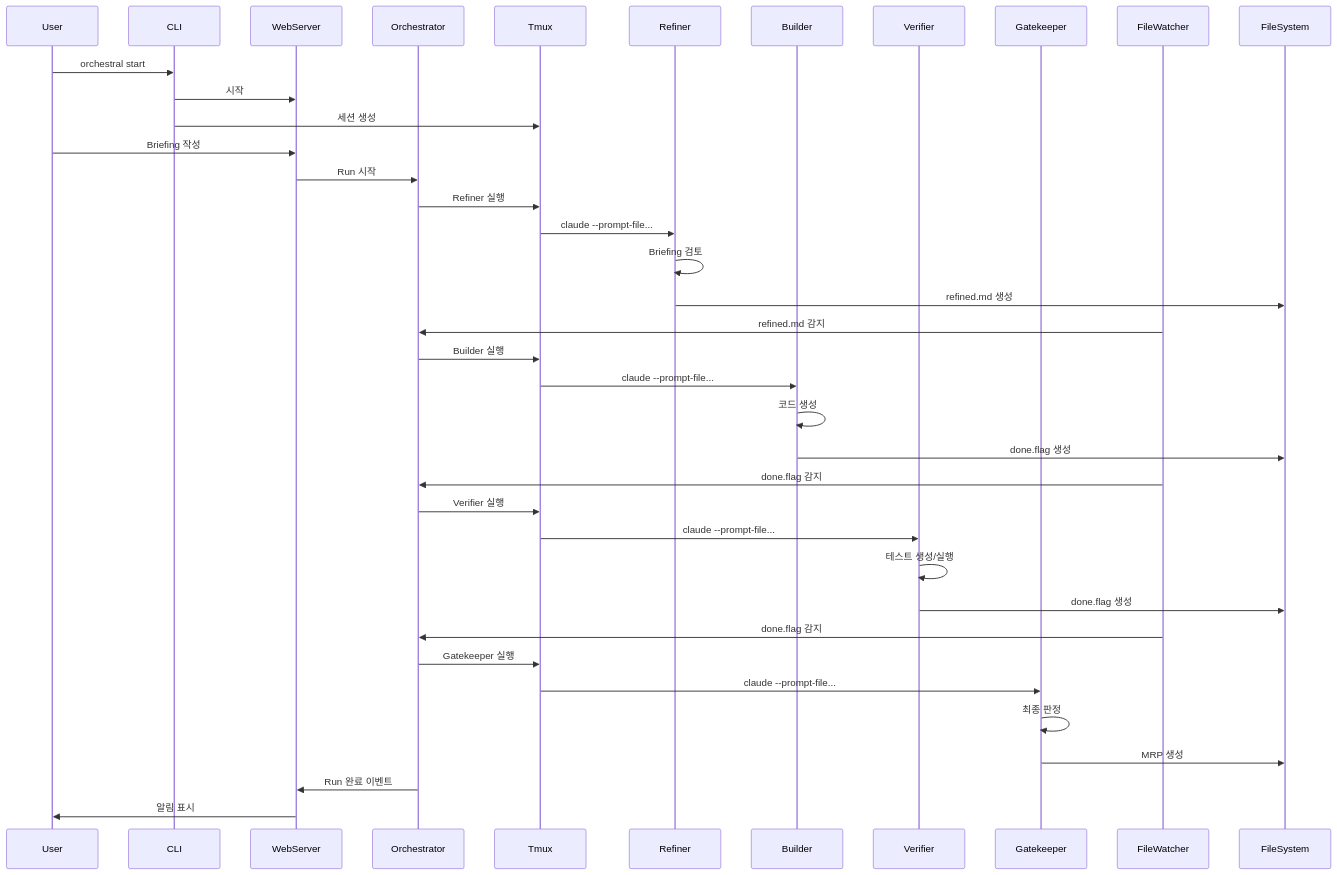
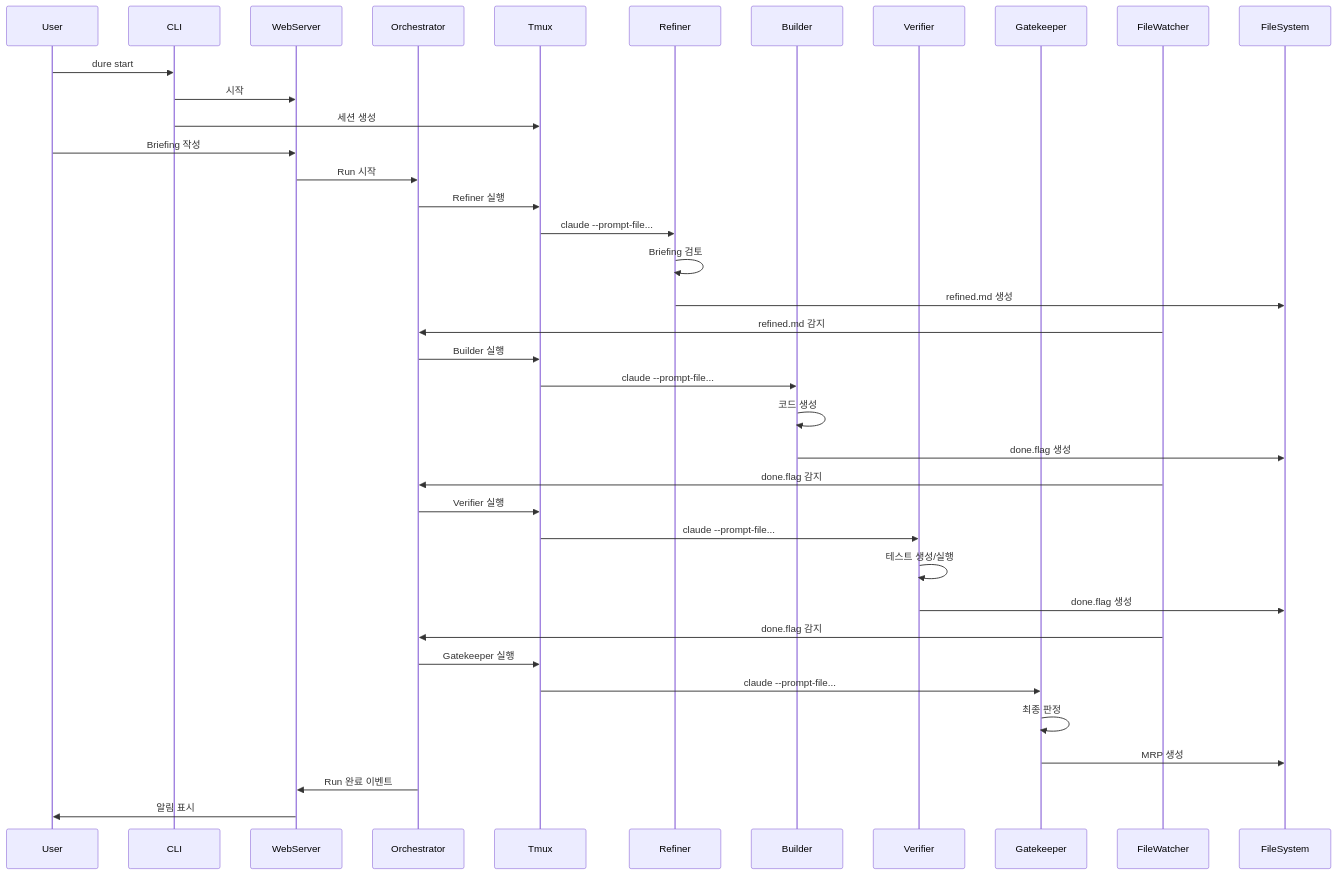
The second of 2 diagrams in docs/architecture/overview.md (choo121600/dure), drawn with Mermaid before and after one commit. The commit also changed other lines of this file and 90 other files, not shown here.

Commit message:
rename orchestral to dure in tests and configuration

````diff
--- a/docs/architecture/overview.md
+++ b/docs/architecture/overview.md
@@ -205,49 +205,49 @@
 ```mermaid
 sequenceDiagram
     participant User
     participant CLI
     participant WebServer
     participant Orchestrator
     participant Tmux
     participant Refiner
     participant Builder
     participant Verifier
     participant Gatekeeper
     participant FileWatcher
 
-    User->>CLI: orchestral start
+    User->>CLI: dure start
     CLI->>WebServer: 시작
     CLI->>Tmux: 세션 생성
 
     User->>WebServer: Briefing 작성
     WebServer->>Orchestrator: Run 시작
     Orchestrator->>Tmux: Refiner 실행
     Tmux->>Refiner: claude --prompt-file...
 
     Refiner->>Refiner: Briefing 검토
     Refiner->>FileSystem: refined.md 생성
 
     FileWatcher->>Orchestrator: refined.md 감지
     Orchestrator->>Tmux: Builder 실행
     Tmux->>Builder: claude --prompt-file...
 
     Builder->>Builder: 코드 생성
     Builder->>FileSystem: done.flag 생성
 
     FileWatcher->>Orchestrator: done.flag 감지
     Orchestrator->>Tmux: Verifier 실행
     Tmux->>Verifier: claude --prompt-file...
 
     Verifier->>Verifier: 테스트 생성/실행
     Verifier->>FileSystem: done.flag 생성
 
     FileWatcher->>Orchestrator: done.flag 감지
     Orchestrator->>Tmux: Gatekeeper 실행
     Tmux->>Gatekeeper: claude --prompt-file...
 
     Gatekeeper->>Gatekeeper: 최종 판정
     Gatekeeper->>FileSystem: MRP 생성
 
     Orchestrator->>WebServer: Run 완료 이벤트
     WebServer->>User: 알림 표시
 ```
````
